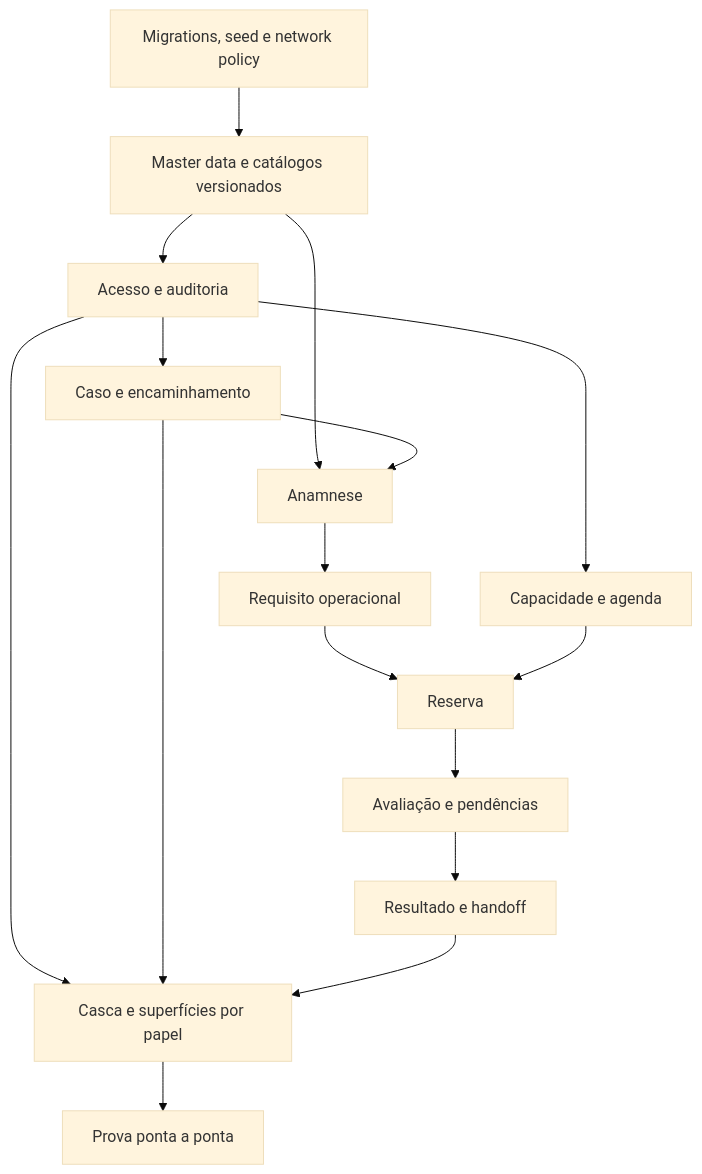
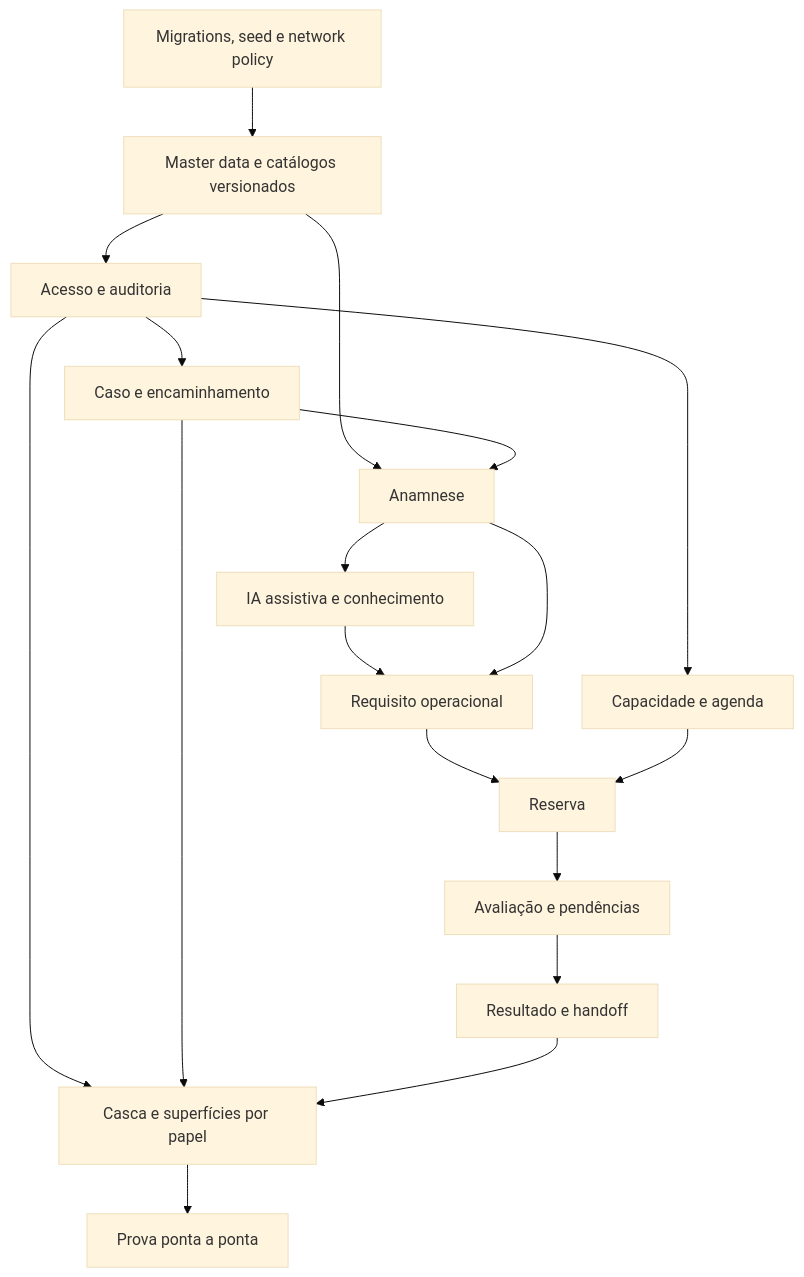
The third of 3 diagrams in hack/BUILD.md (nmarcofernandess/antessala), drawn with Mermaid (base theme) before and after one commit. The commit also changed other lines of this file and 49 other files, not shown here.

````diff
--- a/hack/BUILD.md
+++ b/hack/BUILD.md
@@ -398,18 +462,20 @@
 ```mermaid
 flowchart TD
   infra["Migrations, seed e network policy"] --> catalog["Master data e catálogos versionados"]
   catalog --> auth["Acesso e auditoria"]
   auth --> cases["Caso e encaminhamento"]
   catalog --> anamnesis["Anamnese"]
   cases --> anamnesis
+  anamnesis --> ai["IA assistiva e conhecimento"]
+  ai --> requirement
   anamnesis --> requirement["Requisito operacional"]
   auth --> capacity["Capacidade e agenda"]
   requirement --> booking["Reserva"]
   capacity --> booking
   booking --> assessment["Avaliação e pendências"]
   assessment --> result["Resultado e handoff"]
   auth --> surfaces["Casca e superfícies por papel"]
   cases --> surfaces
   result --> surfaces
   surfaces --> proof["Prova ponta a ponta"]
 ```
````
